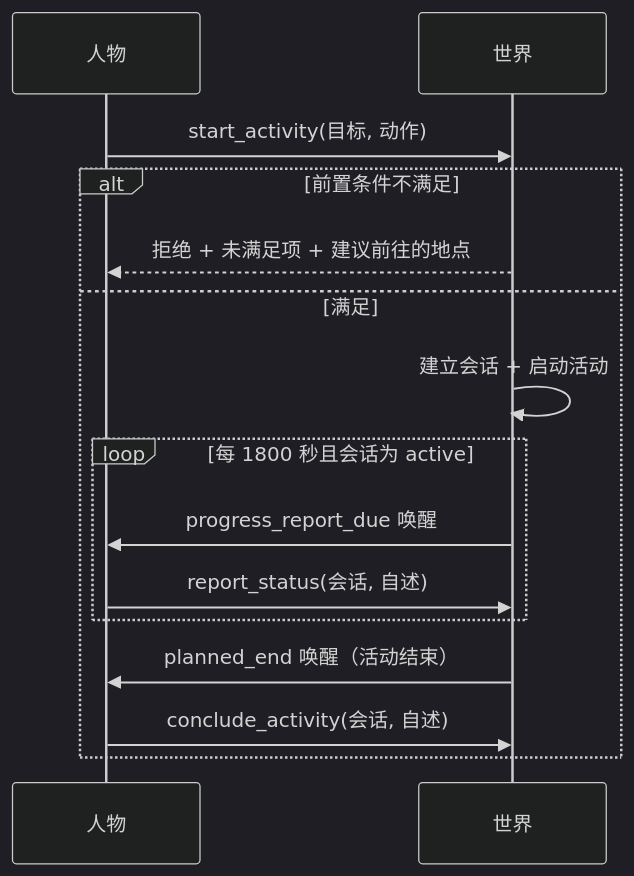
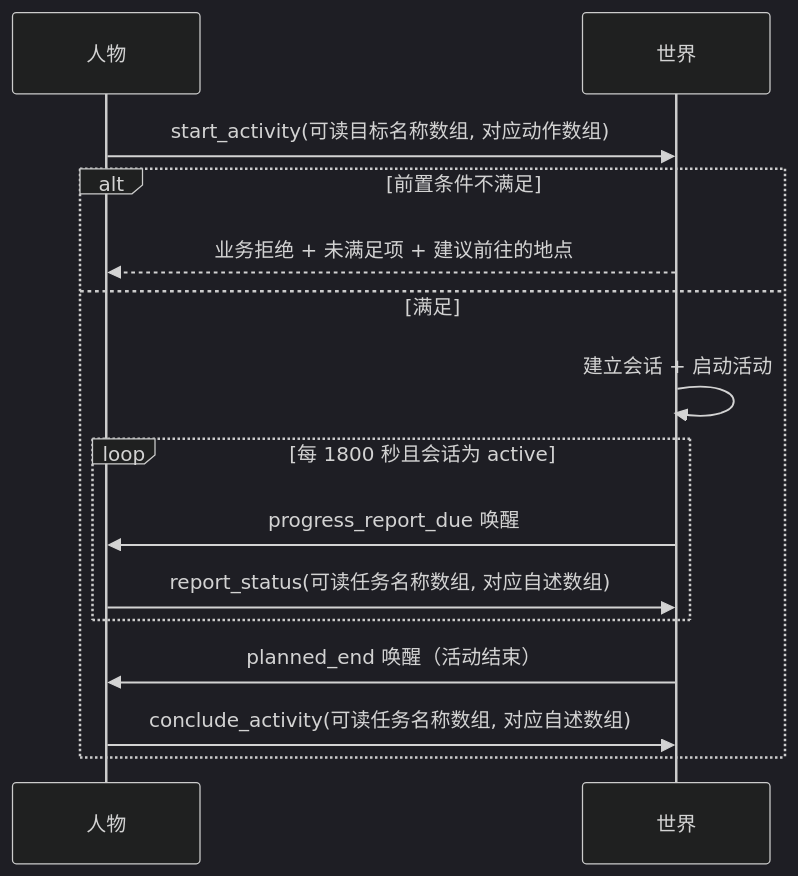
The fourth of 5 diagrams in docs/dev/SPEC-agent-interaction.md (HoldThatThgt/WorldMock), drawn with Mermaid (dark theme) before and after one commit. The commit also changed other lines of this file and 169 other files, not shown here.

````diff
--- a/docs/dev/SPEC-agent-interaction.md
+++ b/docs/dev/SPEC-agent-interaction.md
@@ -255,17 +298,17 @@
 ```mermaid
 sequenceDiagram
     participant P as 人物
     participant W as 世界
-    P->>W: start_activity(目标, 动作)
+    P->>W: start_activity(可读目标名称数组, 对应动作数组)
     alt 前置条件不满足
-        W-->>P: 拒绝 + 未满足项 + 建议前往的地点
+        W-->>P: 业务拒绝 + 未满足项 + 建议前往的地点
     else 满足
         W->>W: 建立会话 + 启动活动
         loop 每 1800 秒且会话为 active
             W->>P: progress_report_due 唤醒
-            P->>W: report_status(会话, 自述)
+            P->>W: report_status(可读任务名称数组, 对应自述数组)
         end
         W->>P: planned_end 唤醒（活动结束）
-        P->>W: conclude_activity(会话, 自述)
+        P->>W: conclude_activity(可读任务名称数组, 对应自述数组)
     end
 ```
````
